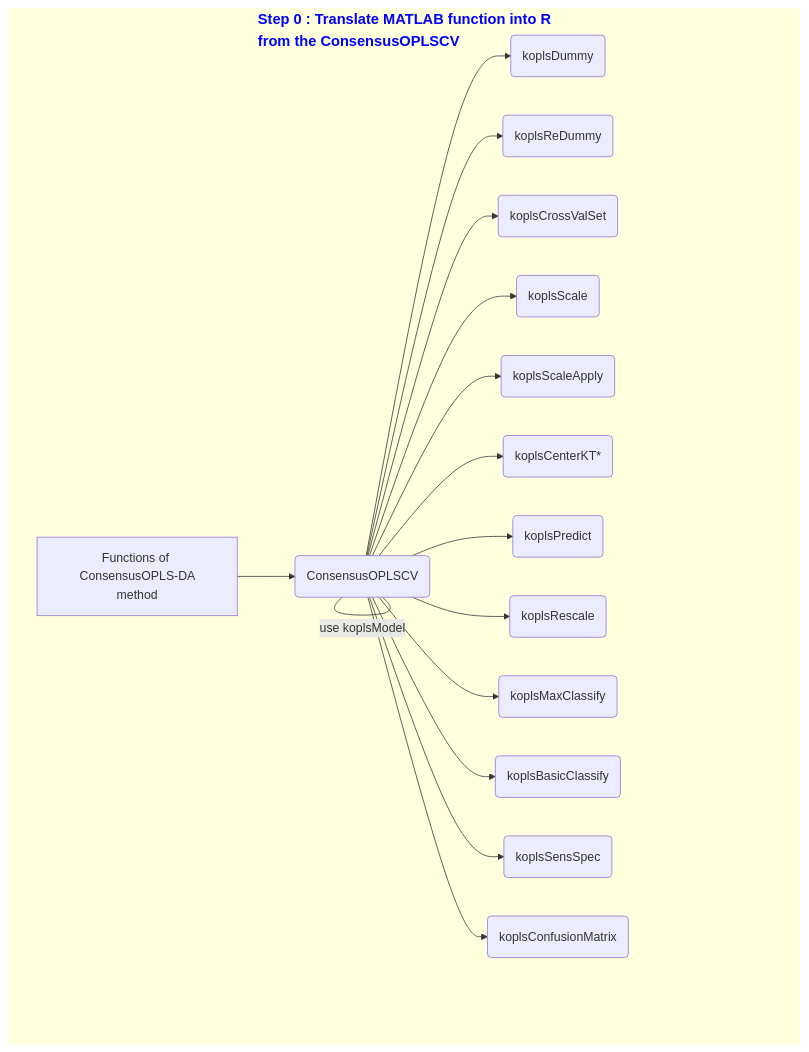
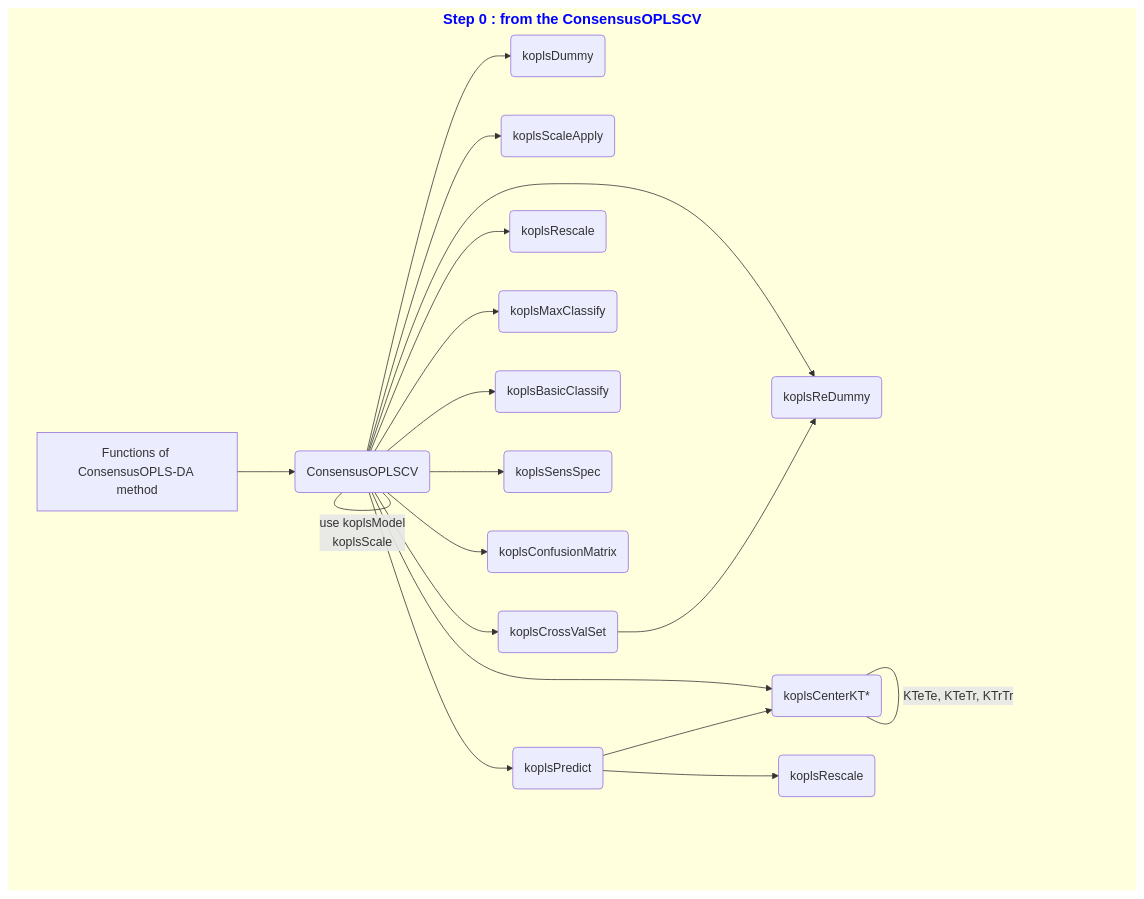
The second of 2 diagrams in README.md (sib-swiss/consensusOPLS), drawn with Mermaid before and after one commit. The commit also changed other lines of this file, not shown here.

Commit message:
Update README with mermaid maind map for ConcensusOPLSCV function.

````diff
--- a/README.md
+++ b/README.md
@@ -40,38 +40,43 @@
 ```mermaid
 graph TB
 classDef Title stroke-width:0, color:blue, font-weight:bold, font-size: 19px;
 
-0[Functions of <br> ConsensusOPLS-DA method]
-    subgraph Number1[Step 0 : Translate MATLAB function into R <br> from the ConsensusOPLSCV]
+0[Functions of ConsensusOPLS-DA method]
+    subgraph Number1[Step 0 : from the ConsensusOPLSCV]
     0 --> 1
     1(ConsensusOPLSCV) 
 	
 	1 --> 2
     2(koplsDummy)
     1 --> 3
     3(koplsReDummy)
     1 --> 4
-    4(koplsCrossValSet)
+    4(koplsScaleApply)
     1 --> 5
-    5(koplsScale)
+    5(koplsCenterKT*)
     1 --> 6
-    6(koplsScaleApply)
+    6(koplsPredict)
     1 --> 7
-    7(koplsCenterKT*)
-    1 ---|use koplsModel| 1
+    7(koplsRescale)
     1 --> 8
-    8(koplsPredict)
+    8(koplsMaxClassify)
     1 --> 9
-    9(koplsRescale)
+    9(koplsBasicClassify)
     1 --> 10
-    10(koplsMaxClassify)
+    10(koplsSensSpec)
     1 --> 11
-    11(koplsBasicClassify)
+    11(koplsConfusionMatrix)
     1 --> 12
-    12(koplsSensSpec)
-    1 --> 13
-    13(koplsConfusionMatrix)
+    12(koplsCrossValSet)
+    6 --> 13
+    13(koplsRescale)
+
+    1 ---|use koplsModel <br> koplsScale | 1
+    12 --> 3
+    5 ---|KTeTe, KTeTr, KTrTr|5
+    6 --> 5
+
 
     end
     class Number1 Title;
 ```
````
